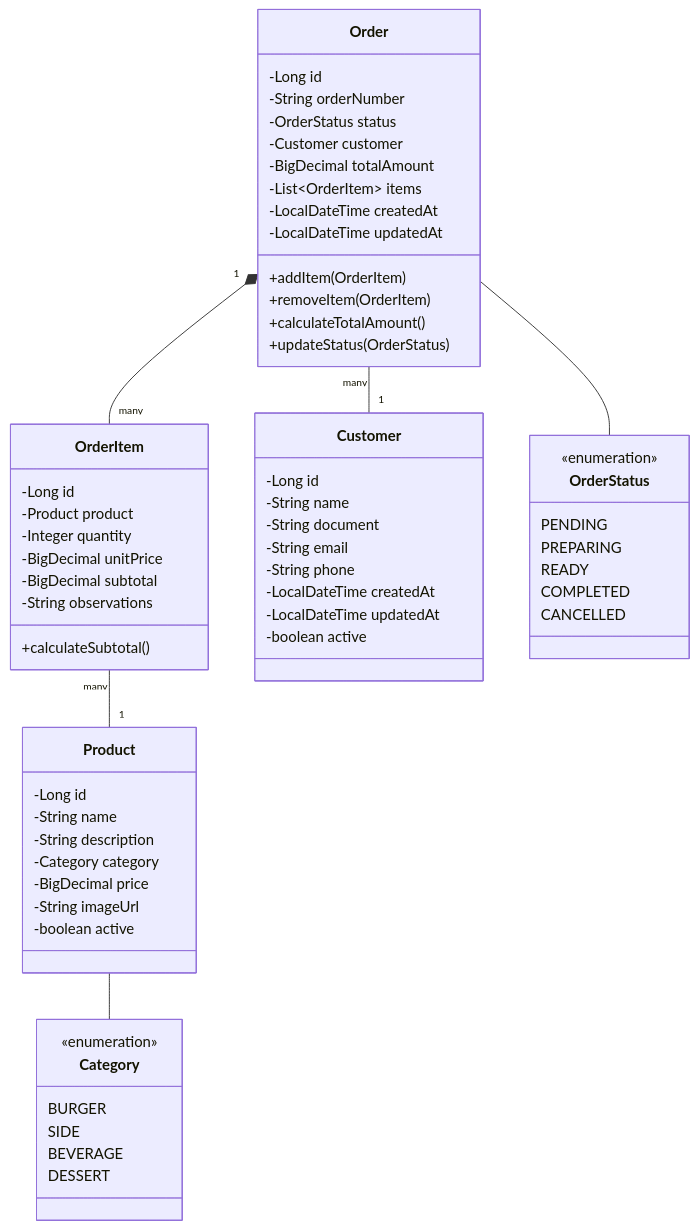
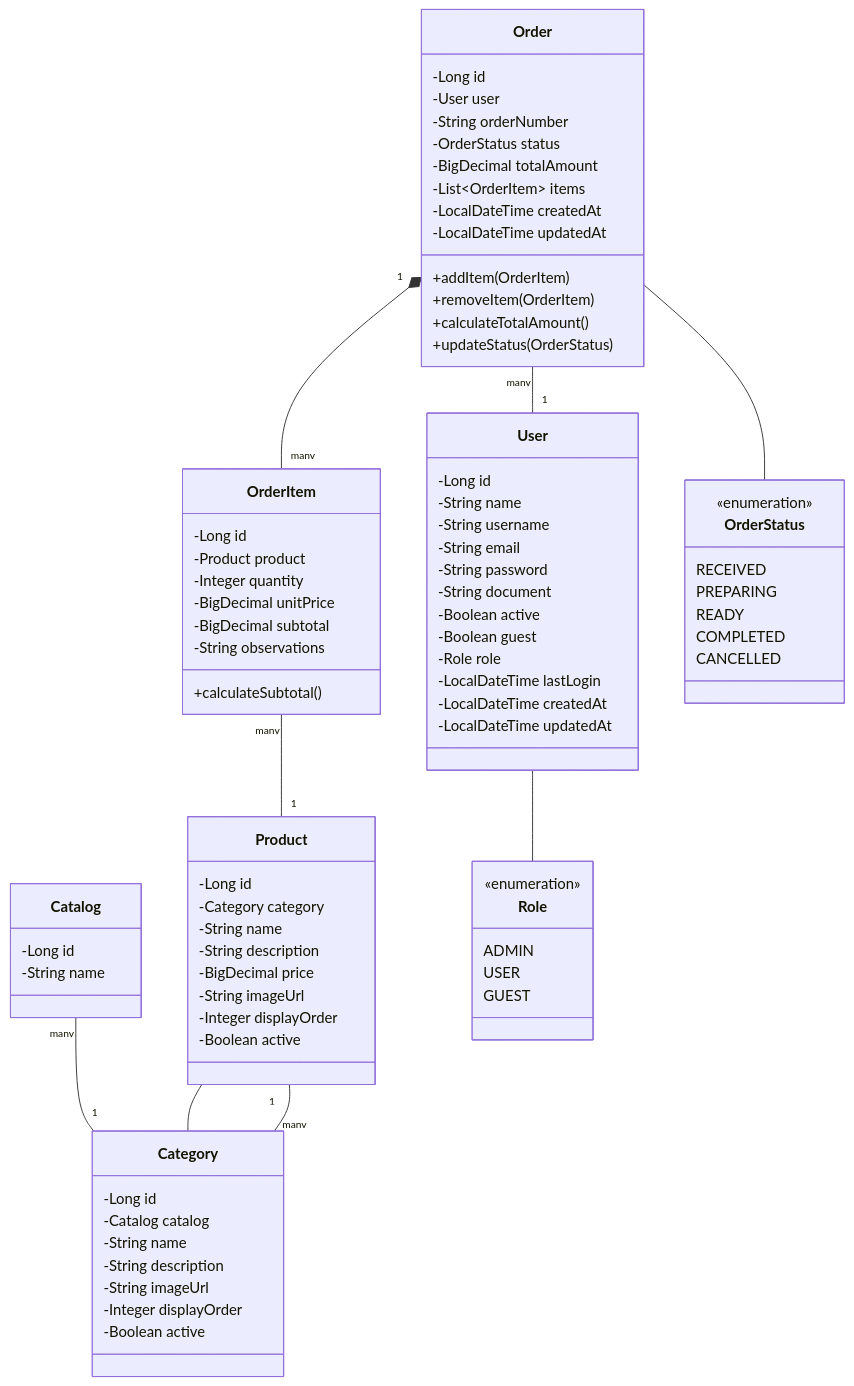
One commit to FIAP-SOAT-TECH-TEAM/foodcore-api changed the third of 9 diagrams in README.md. Above: the diagram before and after it, drawn with Mermaid. The commit also changed other lines of this file, not shown here.

Commit message:
docs: arruma diagramas e especificações do projeto

````diff
--- a/README.md
+++ b/README.md
@@ -170,9 +170,9 @@
 classDiagram
     class Order {
         -Long id
+        -User user
         -String orderNumber
         -OrderStatus status
-        -Customer customer
         -BigDecimal totalAmount
         -List~OrderItem~ items
         -LocalDateTime createdAt
@@ -193,38 +193,57 @@
         +calculateSubtotal()
     }
 
-    class Product {
+    class Catalog {
         -Long id
         -String name
-        -String description
-        -Category category
-        -BigDecimal price
-        -String imageUrl
-        -boolean active
     }
 
     class Category {
-        <<enumeration>>
-        BURGER
-        SIDE
-        BEVERAGE
-        DESSERT
+        -Long id
+        -Catalog catalog
+        -String name
+        -String description
+        -String imageUrl
+        -Integer displayOrder
+        -Boolean active
     }
 
-    class Customer {
+    class Product {
+        -Long id
+        -Category category
+        -String name
+        -String description
+        -BigDecimal price
+        -String imageUrl
+        -Integer displayOrder
+        -Boolean active
+    }
+
+    class User {
         -Long id
         -String name
+        -String username
+        -String email
+        -String password
         -String document
-        -String email
-        -String phone
+        -Boolean active
+        -Boolean guest
+        -Role role
+        -LocalDateTime lastLogin
         -LocalDateTime createdAt
         -LocalDateTime updatedAt
-        -boolean active
+    }
+
+    class Role{
+        <<enumeration>>
+        ADMIN
+        USER
+        GUEST
     }
 
     class OrderStatus {
         <<enumeration>>
-        PENDING
+        RECEIVED
         PREPARING
         READY
         COMPLETED
@@ -232,8 +251,11 @@
     }
 
     Order "1" *-- "many" OrderItem
-    Order "many" -- "1" Customer
+    Order "many" -- "1" User
     OrderItem "many" -- "1" Product
+    Catalog "many" -- "1" Category
+    Category "many" -- "1" Product
     Product -- Category
     Order -- OrderStatus
+    User -- Role
 ```
````
